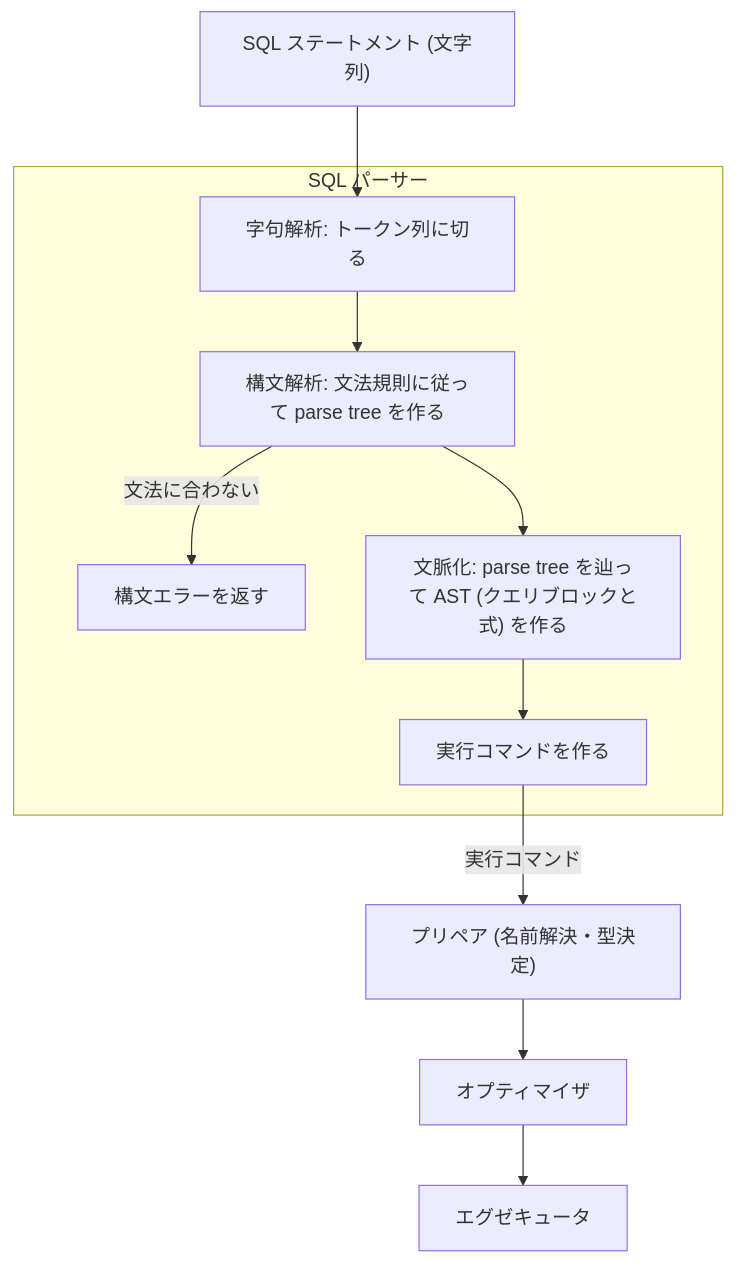
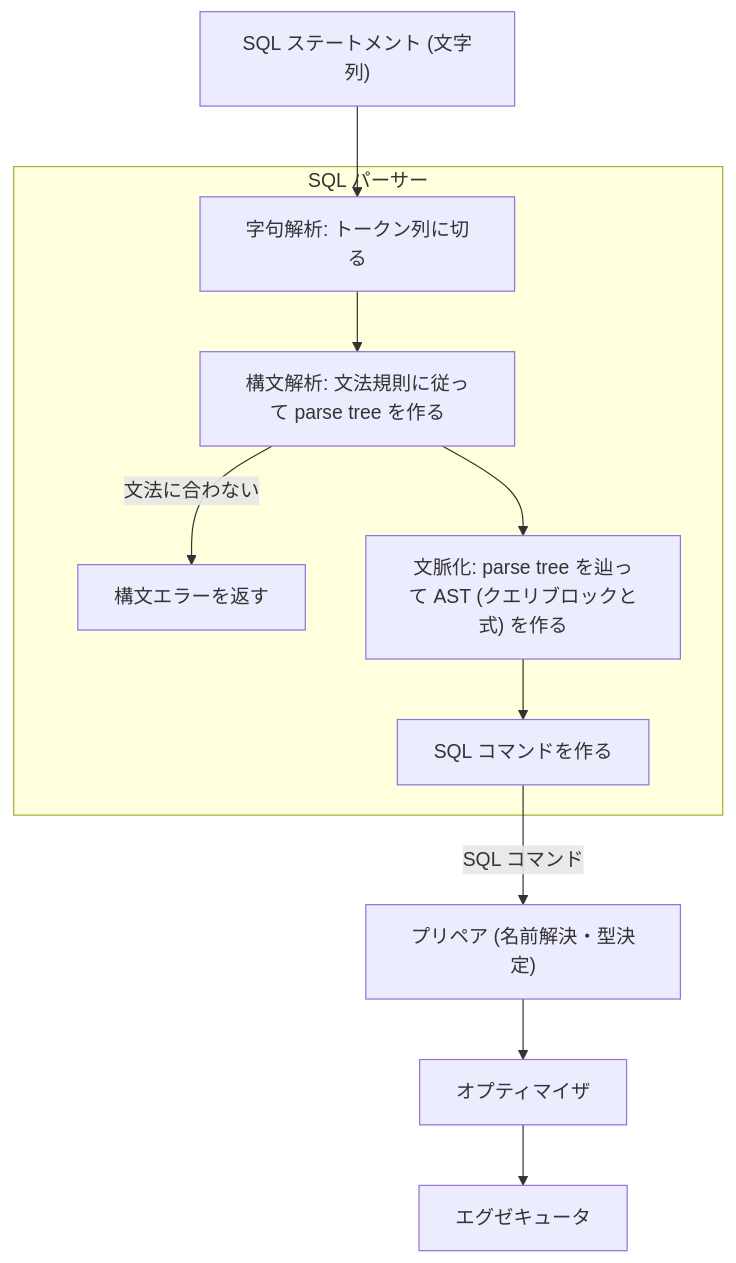
Before and after one commit to ren-yamanashi/minesql: the second of 2 diagrams in docs/specification/parser/sql_parser.md, drawn with Mermaid. The commit also changed other lines of this file and 9 other files, not shown here.

````diff
--- a/docs/specification/parser/sql_parser.md
+++ b/docs/specification/parser/sql_parser.md
@@ -75,14 +77,14 @@
 ```mermaid
 flowchart TD
     A["SQL ステートメント (文字列)"]
     subgraph parser ["SQL パーサー"]
         L["字句解析: トークン列に切る"] --> P["構文解析: 文法規則に従って parse tree を作る"]
         P -- "文法に合わない" --> E["構文エラーを返す"]
         P --> C["文脈化: parse tree を辿って AST (クエリブロックと式) を作る"]
-        C --> S["実行コマンドを作る"]
+        C --> S["SQL コマンドを作る"]
     end
     A --> L
-    S -->|"実行コマンド"| PR["プリペア (名前解決・型決定)"]
+    S -->|"SQL コマンド"| PR["プリペア (名前解決・型決定)"]
     PR --> O["オプティマイザ"]
     O --> X["エグゼキュータ"]
 ```
````
